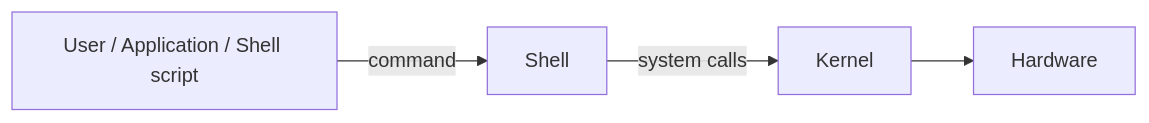
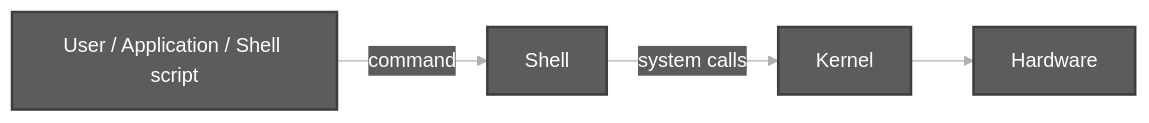
Before and after one commit to chaitussm/Linux-Basics: the first of 3 diagrams in docs/topics/Components of Unix.md, drawn with Mermaid. The commit also changed other lines of this file, not shown here.

Commit message:
Style Mermaid flowcharts with dark grey nodes and white text

````diff
--- a/docs/topics/Components of Unix.md
+++ b/docs/topics/Components of Unix.md
@@ -25,6 +25,9 @@
 ```mermaid
+%%{init: {'theme': 'base', 'themeVariables': {'primaryColor': '#5c5c5c', 'primaryTextColor': '#ffffff', 'primaryBorderColor': '#3d3d3d', 'lineColor': '#b0b0b0', 'secondaryColor': '#5c5c5c', 'tertiaryColor': '#5c5c5c'}}}%%
 graph LR
     U[User / Application / Shell script] -->|command| S[Shell]
     S -->|system calls| K[Kernel]
     K --> H[Hardware]
+    classDef darkGrey fill:#5c5c5c,stroke:#3d3d3d,color:#ffffff,stroke-width:2px
+    class U,S,K,H darkGrey
 ```
````
